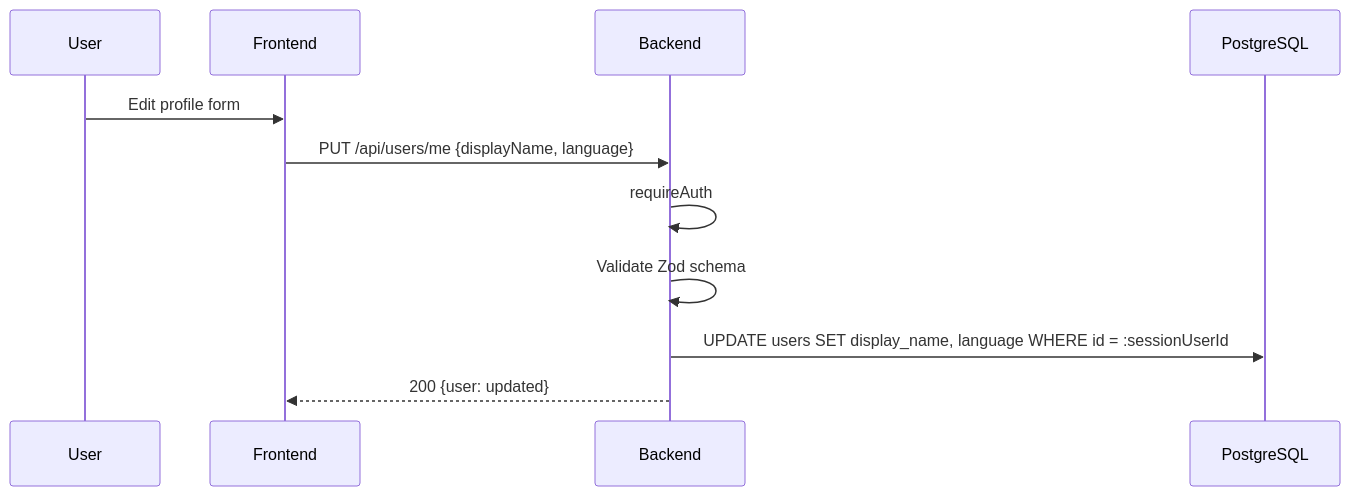
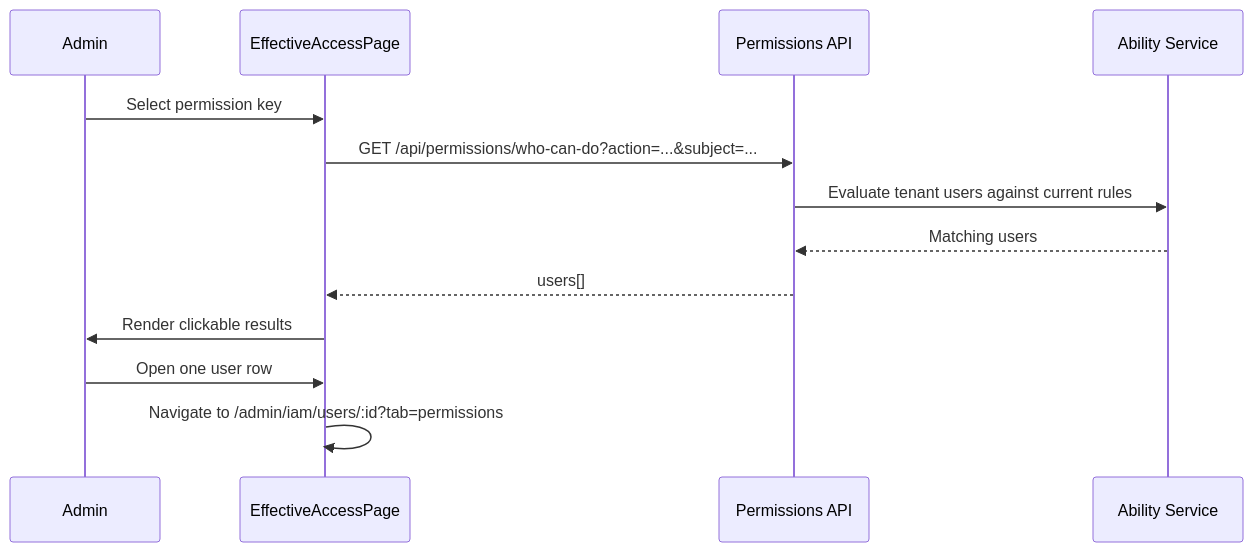
One commit to b-knowledge-solution/b-knowledge changed the fourth of 4 diagrams in docs/detail-design/user-team/user-management-detail.md. Above: the diagram before and after it, drawn with Mermaid. The commit also changed other lines of this file and 2 other files, not shown here.

First line of the commit message:
docs(09-04): rewrite user and team permission flows

````diff
--- a/docs/detail-design/user-team/user-management-detail.md
+++ b/docs/detail-design/user-team/user-management-detail.md
@@ -168,14 +99,16 @@
 ```mermaid
 sequenceDiagram
-    participant User
-    participant Frontend
-    participant Backend
-    participant DB as PostgreSQL
+    participant Admin
+    participant FE as EffectiveAccessPage
+    participant BE as Permissions API
+    participant Ability as Ability Service
 
-    User->>Frontend: Edit profile form
-    Frontend->>Backend: PUT /api/users/me {displayName, language}
-    Backend->>Backend: requireAuth
-    Backend->>Backend: Validate Zod schema
-    Backend->>DB: UPDATE users SET display_name, language WHERE id = :sessionUserId
-    Backend-->>Frontend: 200 {user: updated}
+    Admin->>FE: Select permission key
+    FE->>BE: GET /api/permissions/who-can-do?action=...&subject=...
+    BE->>Ability: Evaluate tenant users against current rules
+    Ability-->>BE: Matching users
+    BE-->>FE: users[]
+    FE->>Admin: Render clickable results
+    Admin->>FE: Open one user row
+    FE->>FE: Navigate to /admin/iam/users/:id?tab=permissions
 ```
````
